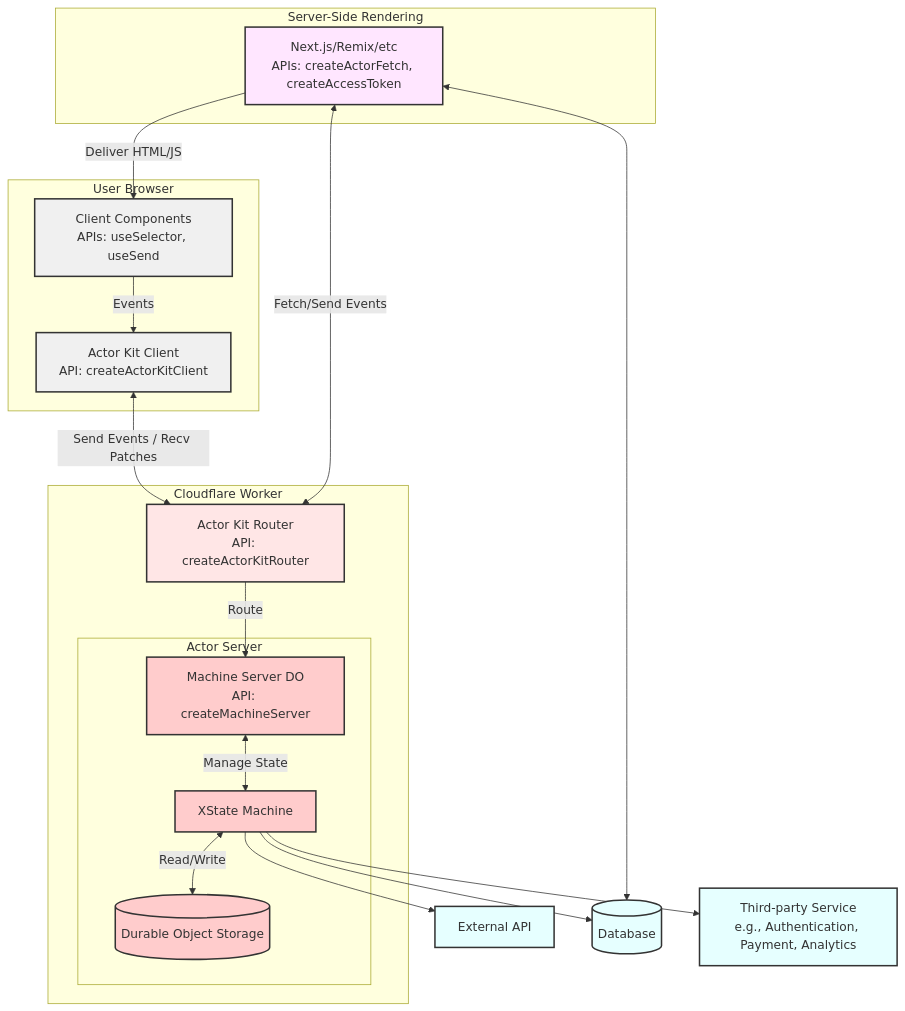
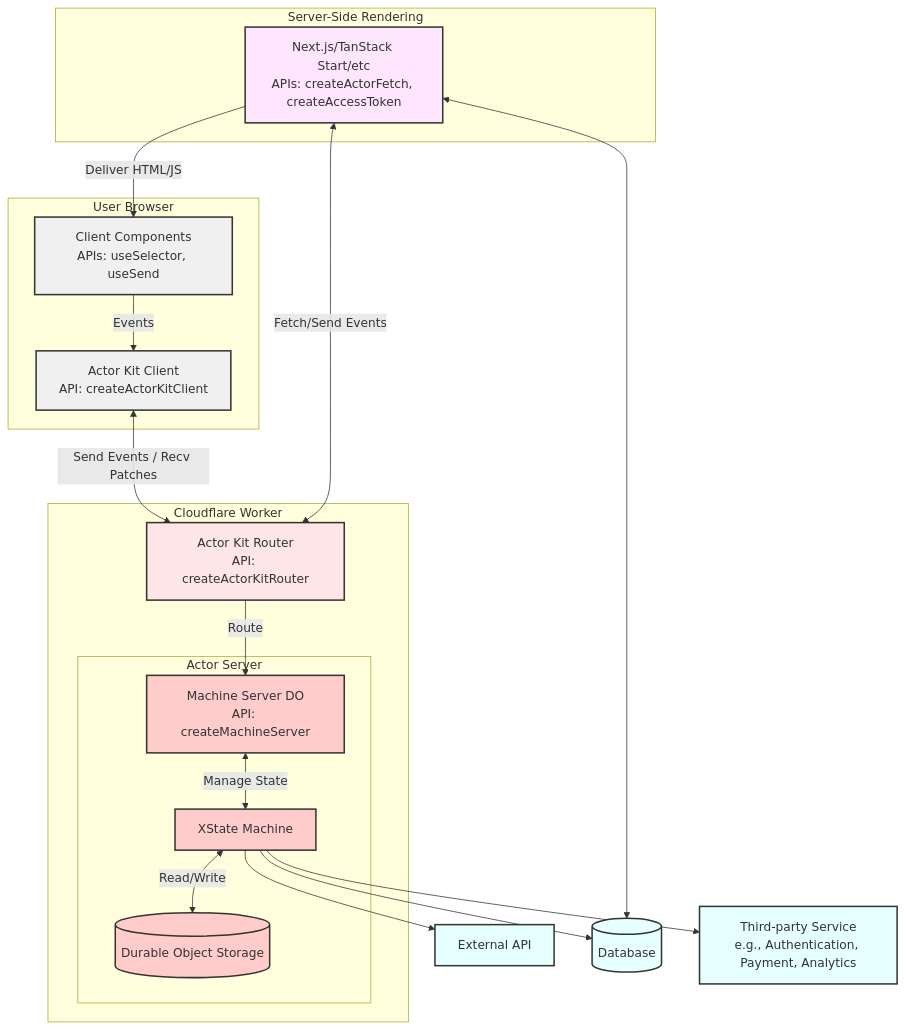
One commit to actor-kit/actor-kit changed the diagram in README.md. Above: the diagram before and after it, drawn with Mermaid. The commit also changed other lines of this file, not shown here.

First line of the commit message:
Update README for accuracy and TanStack Start as primary example

````diff
--- a/README.md
+++ b/README.md
@@ -63,49 +64,49 @@
 ```mermaid
 graph TD
     subgraph "User Browser"
         A[Client Components<br>APIs: useSelector, useSend]
         B[Actor Kit Client<br>API: createActorKitClient]
     end
 
     subgraph "Cloudflare Worker"
         C[Actor Kit Router<br>API: createActorKitRouter]
         subgraph "Actor Server"
             D[Machine Server DO<br>API: createMachineServer]
             X[XState Machine]
             F[(Durable Object Storage)]
         end
     end
 
     subgraph "Server-Side Rendering"
-        E[Next.js/Remix/etc<br>APIs: createActorFetch, createAccessToken]
+        E[Next.js/TanStack Start/etc<br>APIs: createActorFetch, createAccessToken]
     end
 
     G[External API]
     H[(Database)]
     I[Third-party Service<br>e.g., Authentication, Payment, Analytics]
 
     A -->|Events| B
     B <-->|Send Events / Recv Patches| C
     C -->|Route| D
     D <-->|Manage State| X
     X <-->|Read/Write| F
     X --> G
     X --> H
     X --> I
     E <-->|Fetch/Send Events| C
     E -->|Deliver HTML/JS| A
     E <--> H
 
     classDef browser fill:#f0f0f0,stroke:#333,stroke-width:2px;
     classDef worker fill:#ffe6e6,stroke:#333,stroke-width:2px;
     classDef actorserver fill:#ffcccc,stroke:#333,stroke-width:2px;
     classDef ssr fill:#ffe6ff,stroke:#333,stroke-width:2px;
     classDef storage fill:#e6e6ff,stroke:#333,stroke-width:2px;
     classDef external fill:#e6ffff,stroke:#333,stroke-width:2px;
 
     class A,B browser;
     class C worker;
     class D,X,F actorserver;
     class E ssr;
     class G,H,I external;
 ```
````
